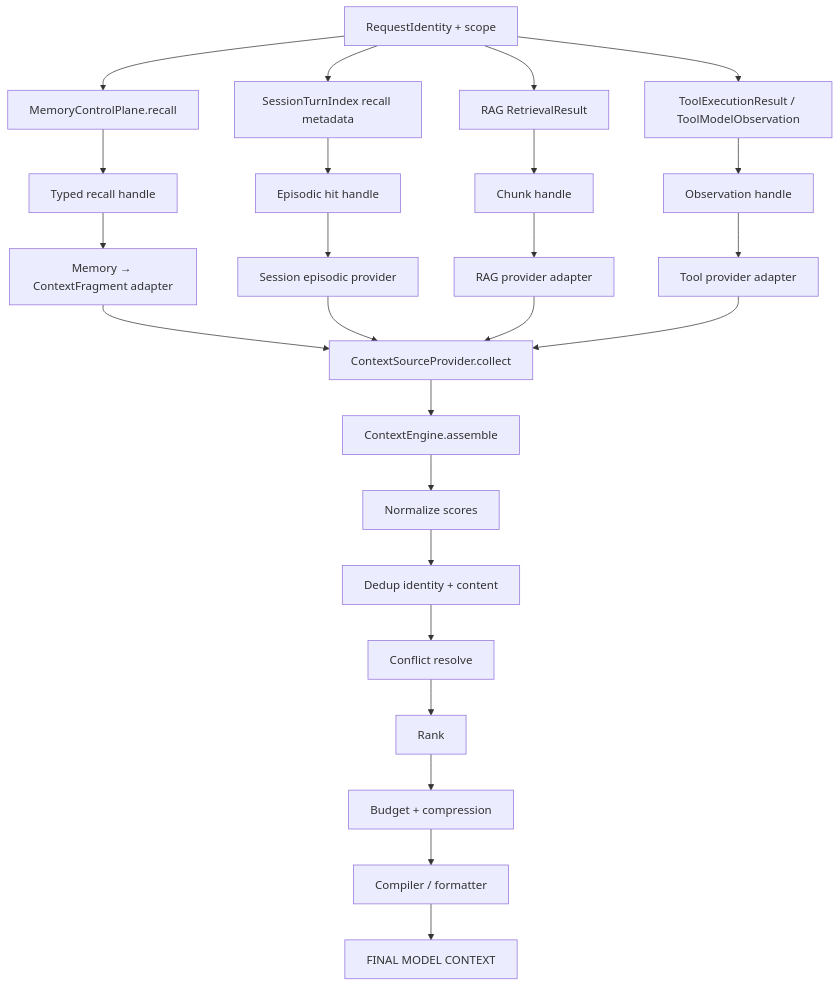
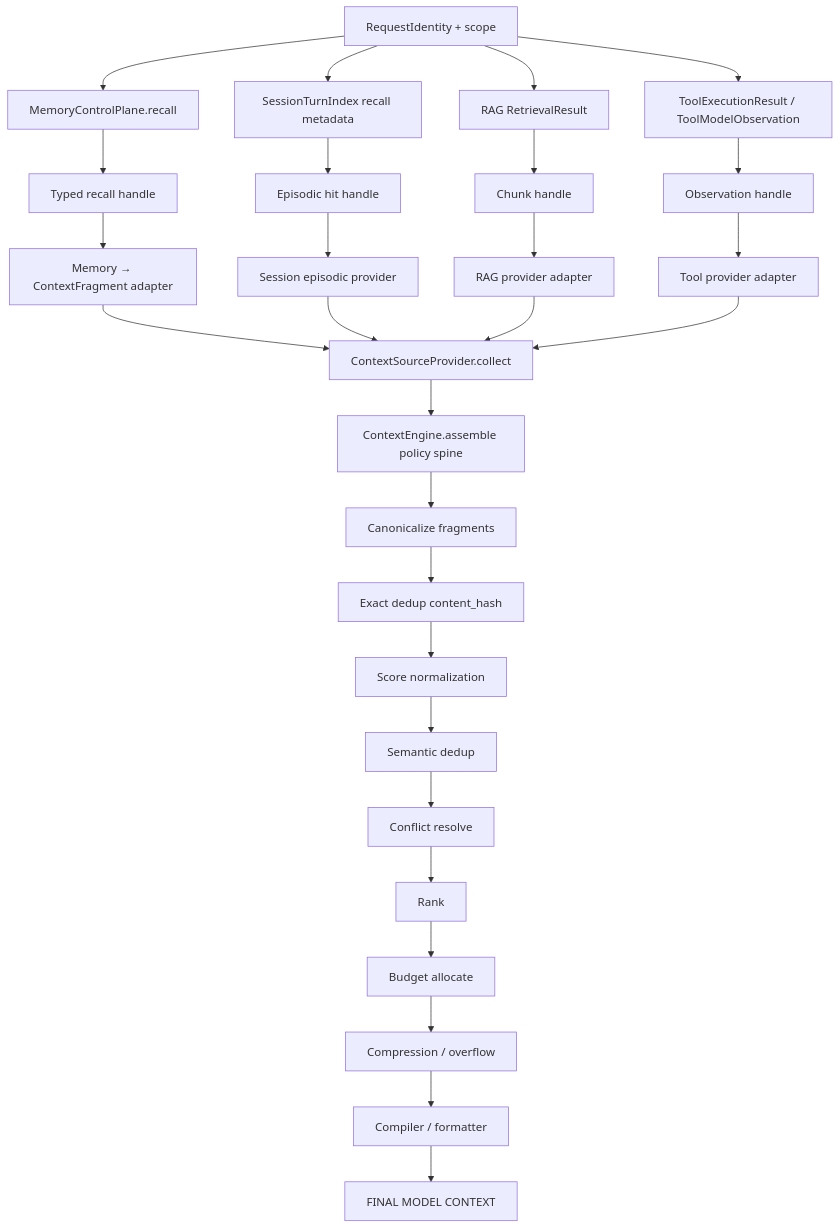
One commit to jakbuczarnecki/intergrax changed the second of 5 diagrams in docs/project/technical/adr/entries/2026-09-17/ADR-MEM-XINT-002.md. Above: the diagram before and after it, drawn with Mermaid. The commit also changed other lines of this file, not shown here.

First line of the commit message:
docs(architecture): close typed context source boundary

````diff
--- a/docs/project/technical/adr/entries/2026-09-17/ADR-MEM-XINT-002.md
+++ b/docs/project/technical/adr/entries/2026-09-17/ADR-MEM-XINT-002.md
@@ -106,28 +106,31 @@
 ```mermaid
 flowchart TB
     ID[RequestIdentity + scope]
     ID --> MR[MemoryControlPlane.recall]
     ID --> STI[SessionTurnIndex recall metadata]
     ID --> RAG[RAG RetrievalResult]
     ID --> TOOL[ToolExecutionResult / ToolModelObservation]
     MR --> H1[Typed recall handle]
     STI --> H2[Episodic hit handle]
     RAG --> H3[Chunk handle]
     TOOL --> H4[Observation handle]
     H1 --> AD1[Memory → ContextFragment adapter]
     H2 --> AD2[Session episodic provider]
     H3 --> AD3[RAG provider adapter]
     H4 --> AD4[Tool provider adapter]
     AD1 --> CSP[ContextSourceProvider.collect]
     AD2 --> CSP
     AD3 --> CSP
     AD4 --> CSP
-    CSP --> CE[ContextEngine.assemble]
-    CE --> NORM[Normalize scores]
-    NORM --> DED[Dedup identity + content]
-    DED --> CONF[Conflict resolve]
+    CSP --> CE[ContextEngine.assemble policy spine]
+    CE --> CAN[Canonicalize fragments]
+    CAN --> EXD[Exact dedup content_hash]
+    EXD --> NORM[Score normalization]
+    NORM --> SEM[Semantic dedup]
+    SEM --> CONF[Conflict resolve]
     CONF --> RANK[Rank]
-    RANK --> BUD[Budget + compression]
-    BUD --> COMP[Compiler / formatter]
+    RANK --> BUD[Budget allocate]
+    BUD --> OVF[Compression / overflow]
+    OVF --> COMP[Compiler / formatter]
     COMP --> FMC[FINAL MODEL CONTEXT]
 ```
````
